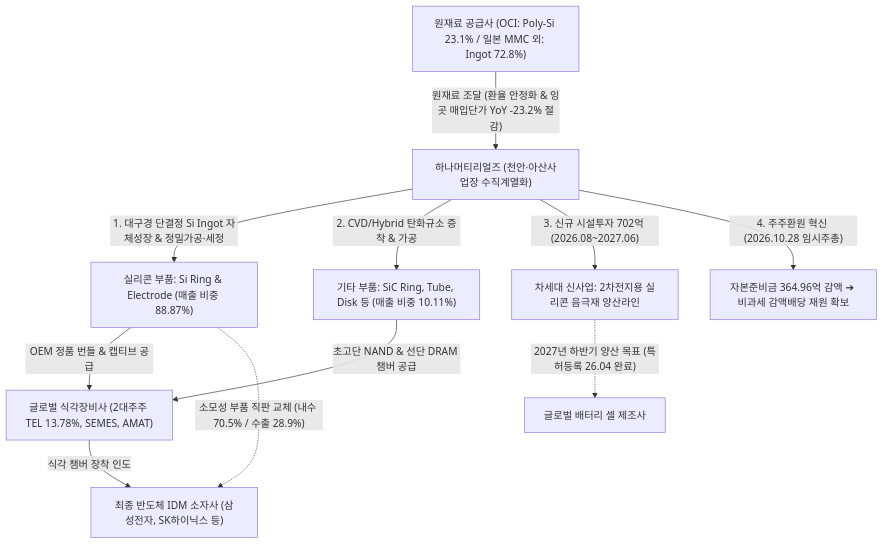
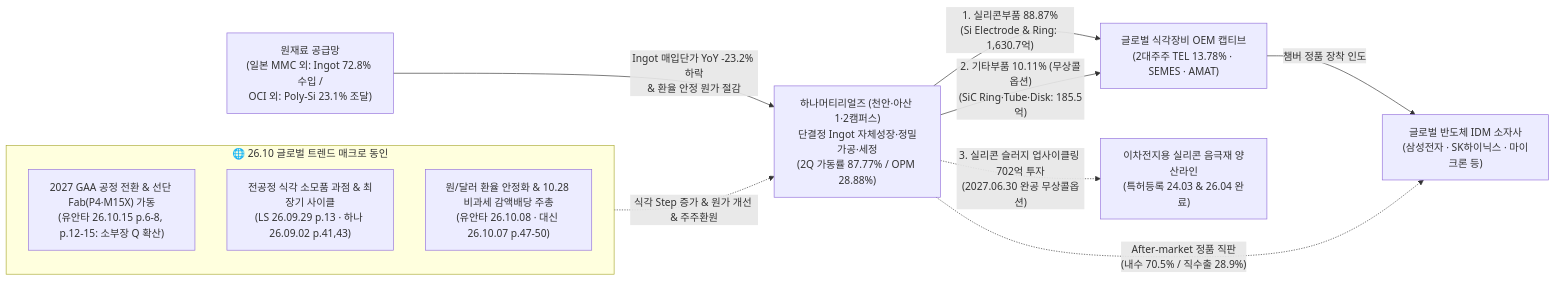
The diagram in Stock_Research/하나머티리얼즈/3_Final_Reports/Phase1_Report.md (eve830521-cmd/my-skill), drawn with Mermaid before and after one commit. The commit also changed other lines of this file and 96 other files, not shown here.

````diff
--- a/Stock_Research/하나머티리얼즈/3_Final_Reports/Phase1_Report.md
+++ b/Stock_Research/하나머티리얼즈/3_Final_Reports/Phase1_Report.md
@@ -36,13 +54,18 @@
 ```mermaid
-graph TD
-    A["원재료 공급사 (OCI: Poly-Si 23.1% / 일본 MMC 외: Ingot 72.8%)"] -->|"원재료 조달 (환율 안정화 & 잉곳 매입단가 YoY -23.2% 절감)"| B["하나머티리얼즈 (천안·아산사업장 수직계열화)"]
-    B -->|"1. 대구경 단결정 Si Ingot 자체성장 & 정밀가공·세정"| C["실리콘 부품: Si Ring & Electrode (매출 비중 88.87%)"]
-    B -->|"2. CVD/Hybrid 탄화규소 증착 & 가공"| D["기타 부품: SiC Ring, Tube, Disk 등 (매출 비중 10.11%)"]
-    B -->|"3. 신규 시설투자 702억 (2026.08~2027.06)"| E["차세대 신사업: 2차전지용 실리콘 음극재 양산라인"]
-    B -->|"4. 주주환원 혁신 (2026.10.28 임시주총)"| I["자본준비금 364.96억 감액 ➔ 비과세 감액배당 재원 확보"]
-    C -->|"OEM 정품 번들 & 캡티브 공급"| F["글로벌 식각장비사 (2대주주 TEL 13.78%, SEMES, AMAT)"]
-    D -->|"초고단 NAND & 선단 DRAM 챔버 공급"| F
-    F -->|"식각 챔버 장착 인도"| G["최종 반도체 IDM 소자사 (삼성전자, SK하이닉스 등)"]
-    C -. "소모성 부품 직판 교체 (내수 70.5% / 수출 28.9%)" .-> G
-    E -. "2027년 하반기 양산 목표 (특허등록 26.04 완료)" .-> H["글로벌 배터리 셀 제조사"]
+graph LR
+    subgraph Macro ["🌐 26.10 글로벌 트렌드 매크로 동인"]
+        M1["2027 GAA 공정 전환 & 선단 Fab(P4·M15X) 가동<br/>(유안타 26.10.15 p.6-8, p.12-15: 소부장 Q 확산)"]
+        M2["전공정 식각 소모품 과점 & 최장기 사이클<br/>(LS 26.09.29 p.13 · 하나 26.09.02 p.41,43)"]
+        M3["원/달러 환율 안정화 & 10.28 비과세 감액배당 주총<br/>(유안타 26.10.08 · 대신 26.10.07 p.47-50)"]
+    end
+
+    A["원재료 공급망<br/>(일본 MMC 외: Ingot 72.8% 수입 /<br/>OCI 외: Poly-Si 23.1% 조달)"] -->|"Ingot 매입단가 YoY -23.2% 하락<br/>& 환율 안정 원가 절감"| B["하나머티리얼즈 (천안·아산 1·2캠퍼스)<br/>단결정 Ingot 자체성장·정밀가공·세정<br/>(2Q 가동률 87.77% / OPM 28.88%)"]
+
+    Macro -. "식각 Step 증가 & 원가 개선 & 주주환원" .-> B
+
+    B -->|"1. 실리콘부품 88.87%<br/>(Si Electrode & Ring: 1,630.7억)"| C["글로벌 식각장비 OEM 캡티브<br/>(2대주주 TEL 13.78% · SEMES · AMAT)"]
+    B -->|"2. 기타부품 10.11% (무상콜옵션)<br/>(SiC Ring·Tube·Disk: 185.5억)"| C
+    C -->|"챔버 정품 장착 인도"| D["글로벌 반도체 IDM 소자사<br/>(삼성전자 · SK하이닉스 · 마이크론 등)"]
+    B -. "After-market 정품 직판<br/>(내수 70.5% / 직수출 28.9%)" .-> D
+    B -. "3. 실리콘 슬러지 업사이클링 702억 투자<br/>(2027.06.30 완공 무상콜옵션)" .-> E["이차전지용 실리콘 음극재 양산라인<br/>(특허등록 24.03 & 26.04 완료)"]
 ```
````
